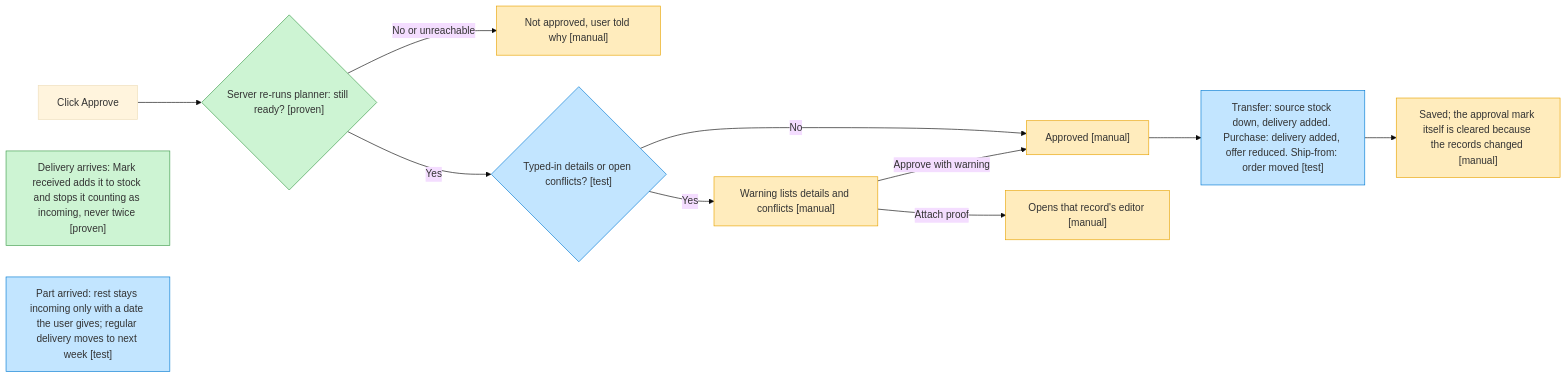
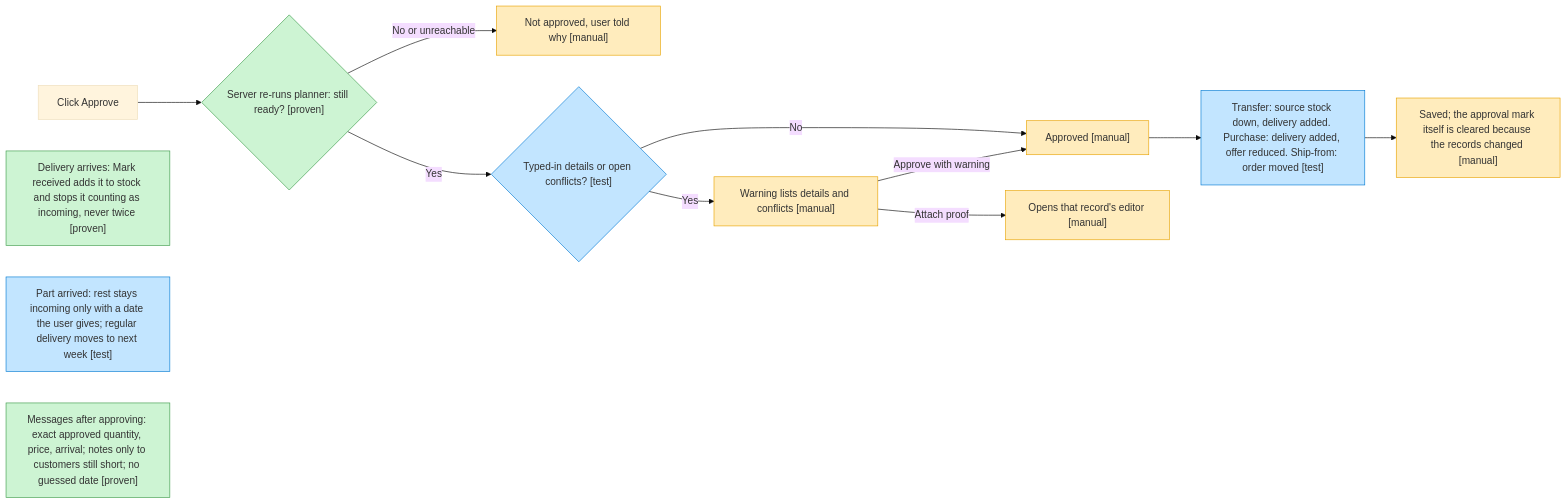
The first of 7 diagrams in docs/07-bug-map.md (gouravhanumante/rehearsal-ai-builder-cup), drawn with Mermaid (base theme) before and after one commit. The commit also changed other lines of this file and 12 other files, not shown here.

Commit message:
Messages to send after approving: purchase order, transfer request, notes to customers still short, written from the approved plan; copy or email; kept in History

````diff
--- a/docs/07-bug-map.md
+++ b/docs/07-bug-map.md
@@ -16,21 +16,22 @@
 ```mermaid
 flowchart LR
   a["Click Approve"] --> s{"Server re-runs planner: still ready? [proven]"}
   s -->|"No or unreachable"| stop["Not approved, user told why [manual]"]
   s -->|"Yes"| c{"Typed-in details or open conflicts? [test]"}
   c -->|"No"| ok["Approved [manual]"]
   c -->|"Yes"| w["Warning lists details and conflicts [manual]"]
   w -->|"Approve with warning"| ok
   w -->|"Attach proof"| ed["Opens that record's editor [manual]"]
   ok --> ap["Transfer: source stock down, delivery added. Purchase: delivery added, offer reduced. Ship-from: order moved [test]"]
   ap --> keep["Saved; the approval mark itself is cleared because the records changed [manual]"]
   rcv["Delivery arrives: Mark received adds it to stock and stops it counting as incoming, never twice [proven]"]
   part["Part arrived: rest stays incoming only with a date the user gives; regular delivery moves to next week [test]"]
+  msg["Messages after approving: exact approved quantity, price, arrival; notes only to customers still short; no guessed date [proven]"]
   classDef proven fill:#CDF4D3,stroke:#3E9B4B
   classDef test fill:#C2E5FF,stroke:#007AD2
   classDef manual fill:#FFECBD,stroke:#E8A302
   classDef gap fill:#FFCDC2,stroke:#DC3009
-  class s,rcv proven
+  class s,rcv,msg proven
   class c,ap,part test
   class stop,ok,w,ed,keep manual
 ```
````
